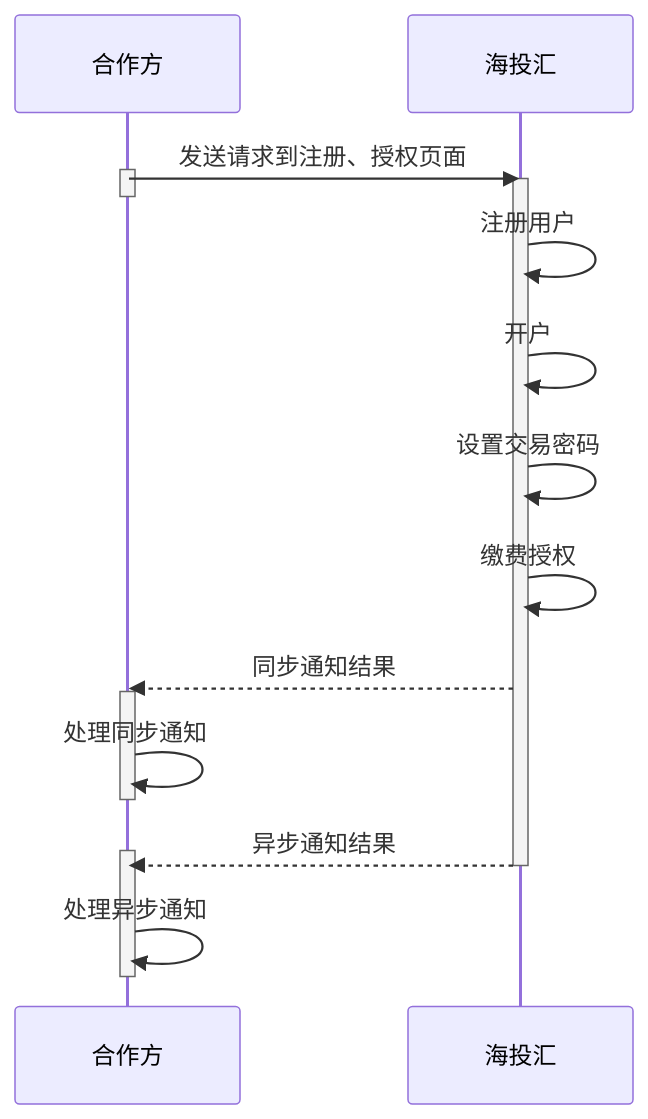
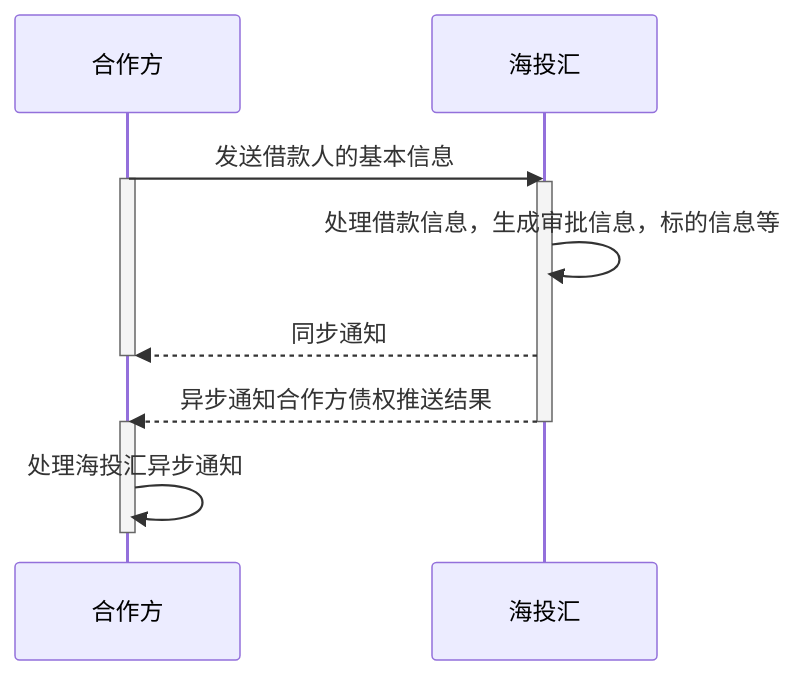
One commit to tom14523/pdl-development-docs changed the diagram in book/资产接入/债券推送相关接口.md. Above: the diagram before and after it, drawn with Mermaid. The commit also changed other lines of this file, not shown here.

Commit message:
1.完善时序图 2.增加接口异步推送债权导入通知

````diff
--- a/book/资产接入/债券推送相关接口.md
+++ b/book/资产接入/债券推送相关接口.md
@@ -4,20 +4,15 @@
 ```mermaid
 sequenceDiagram
-    合作方->>海投汇:发送请求到注册、授权页面
+    合作方->>海投汇:发送借款人的基本信息
     activate 合作方
+    activate 海投汇
+    海投汇->>海投汇:处理借款信息，生成审批信息，标的信息等
+    海投汇-->>合作方:同步通知
     deactivate 合作方
-    activate 海投汇
-    海投汇->>海投汇:注册用户
-    海投汇->>海投汇:开户
-    海投汇->>海投汇:设置交易密码
-    海投汇->>海投汇:缴费授权
-    海投汇-->>合作方:同步通知结果
+    海投汇-->>合作方:异步通知合作方债权推送结果
+    deactivate 海投汇
     activate 合作方
-    合作方->>合作方:处理同步通知
+    合作方->>合作方:处理海投汇异步通知
     deactivate 合作方
-    海投汇-->>合作方:异步通知结果
-    activate 合作方
-    deactivate 海投汇
-    合作方->>合作方:处理异步通知
-    deactivate 合作方
+    
 ```
````
